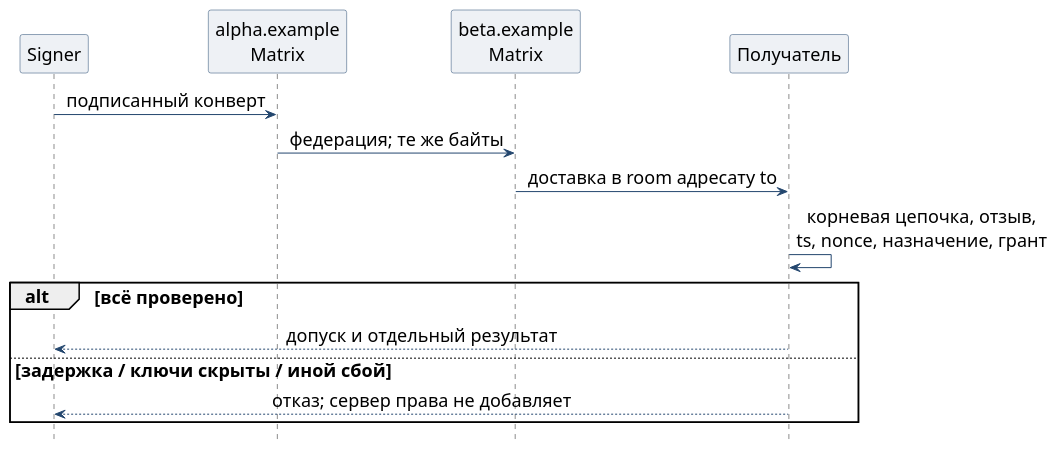
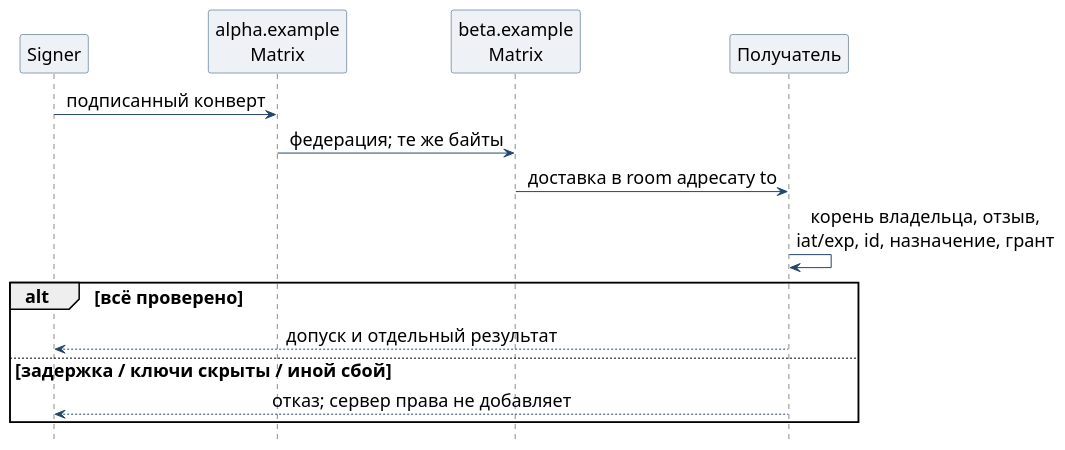
One commit to relux-works/swarma-docs changed the diagram in editorial/notes/signing-auth/src/federated-command.puml. Above: the diagram before and after it, drawn with PlantUML. The commit also changed 35 other files, not shown here.

```diff
--- a/editorial/notes/signing-auth/src/federated-command.puml
+++ b/editorial/notes/signing-auth/src/federated-command.puml
@@ -1,23 +1,23 @@
 @startuml
 skinparam defaultFontName PT Sans
 skinparam defaultFontSize 18
 skinparam sequenceMessageAlign center
 skinparam shadowing false
 skinparam ParticipantBackgroundColor #eef1f5
 skinparam ParticipantBorderColor #23466e
 skinparam ArrowColor #23466e
 hide footbox
 participant "Signer" as signer
 participant "alpha.example\nMatrix" as alpha
 participant "beta.example\nMatrix" as beta
 participant "Получатель" as verifier
 signer -> alpha : подписанный конверт
 alpha -> beta : федерация; те же байты
 beta -> verifier : доставка в room адресату to
-verifier -> verifier : корневая цепочка, отзыв,\nts, nonce, назначение, грант
+verifier -> verifier : корень владельца, отзыв,\niat/exp, id, назначение, грант
 alt всё проверено
 verifier --> signer : допуск и отдельный результат
 else задержка / ключи скрыты / иной сбой
 verifier --> signer : отказ; сервер права не добавляет
 end
 @enduml
```
